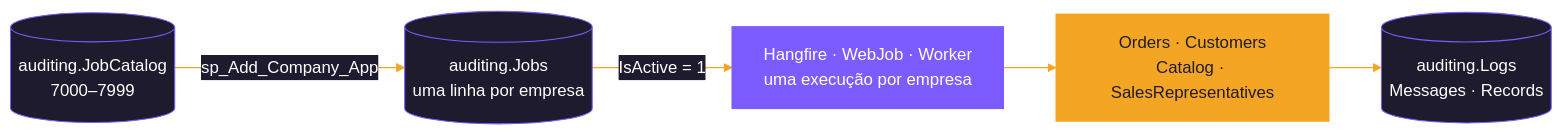
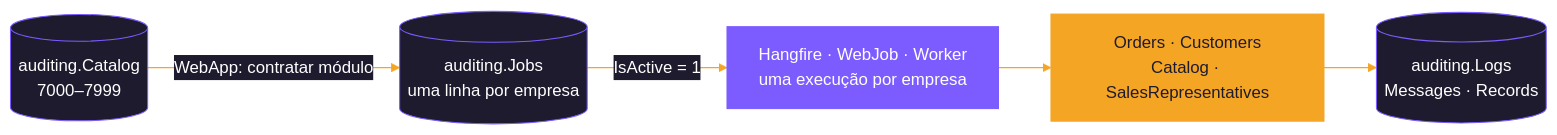
One commit to cayo-kume/extract-transform-load-integrations-system changed the fifth of 5 diagrams in src/Backend/Modules/LinxCommerce/README.md. Above: the diagram before and after it, drawn with Mermaid. The commit also changed other lines of this file and 121 other files, not shown here.

First line of the commit message:
WebApp: login em monitor.Users, cadastro de holdings, empresas e usuários e Aplicações com o catálogo

````diff
--- a/src/Backend/Modules/LinxCommerce/README.md
+++ b/src/Backend/Modules/LinxCommerce/README.md
@@ -433,13 +435,13 @@
 ```mermaid
 %%{init: {'theme':'base','themeVariables':{'primaryColor':'#1e1b2e','primaryTextColor':'#ffffff','primaryBorderColor':'#7c5cff','lineColor':'#f5a524','textColor':'#1e1b2e','clusterBkg':'#f5f3ff','clusterBorder':'#7c5cff','titleColor':'#1e1b2e','edgeLabelBackground':'#1e1b2e'}}}%%
 flowchart LR
-    CAT[("auditing.JobCatalog<br/>7000–7999")] -- "sp_Add_Company_App" --> JOBS[("auditing.Jobs<br/>uma linha por empresa")]
+    CAT[("auditing.Catalog<br/>7000–7999")] -- "WebApp: contratar módulo" --> JOBS[("auditing.Jobs<br/>uma linha por empresa")]
     JOBS -- "IsActive = 1" --> HOST["Hangfire · WebJob · Worker<br/>uma execução por empresa"]
     HOST --> SVC["Orders · Customers<br/>Catalog · SalesRepresentatives"]
     SVC --> LOGS[("auditing.Logs<br/>Messages · Records")]
 
     classDef accent fill:#7c5cff,stroke:#7c5cff,color:#ffffff
     classDef warm fill:#f5a524,stroke:#f5a524,color:#1e1b2e
     class HOST accent
     class SVC warm
 ```
````
